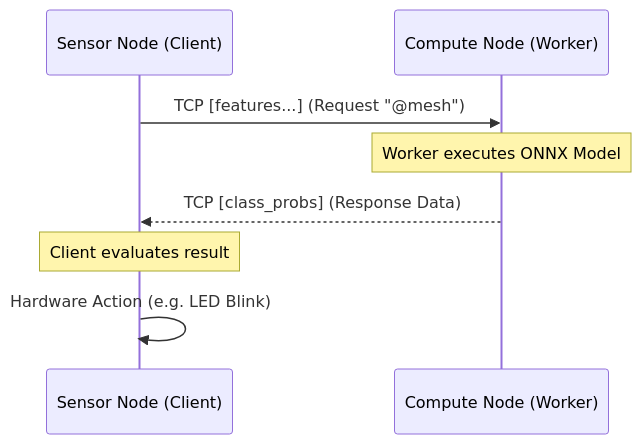
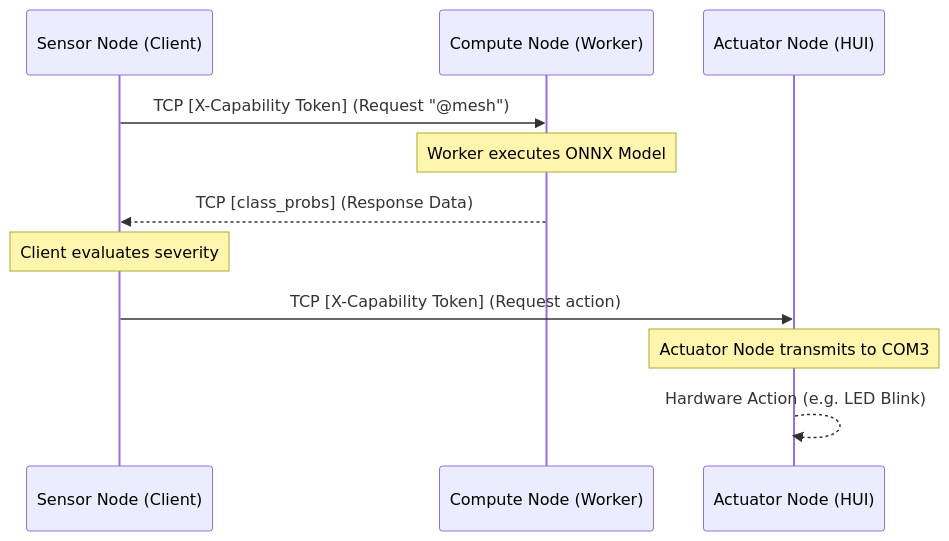
The diagram in docs/tutorials/distributed_mesh.md (HaKaTo99/OmniLang), drawn with Mermaid before and after one commit. The commit also changed other lines of this file and 3 other files, not shown here.

Commit message:
docs: publish v2.2.0 OmniLang Landing Page & Hardware Actuator Documentation

````diff
--- a/docs/tutorials/distributed_mesh.md
+++ b/docs/tutorials/distributed_mesh.md
@@ -15,11 +16,14 @@
 ```mermaid
 sequenceDiagram
     participant S as Sensor Node (Client)
     participant W as Compute Node (Worker)
+    participant A as Actuator Node (HUI)
     
-    S->>W: TCP [features...] (Request "@mesh")
+    S->>W: TCP [X-Capability Token] (Request "@mesh")
     Note over W: Worker executes ONNX Model
     W-->>S: TCP [class_probs] (Response Data)
-    Note over S: Client evaluates result
-    S->>S: Hardware Action (e.g. LED Blink)
+    Note over S: Client evaluates severity
+    S->>A: TCP [X-Capability Token] (Request action)
+    Note over A: Actuator Node transmits to COM3
+    A-->>A: Hardware Action (e.g. LED Blink)
 ```
````
